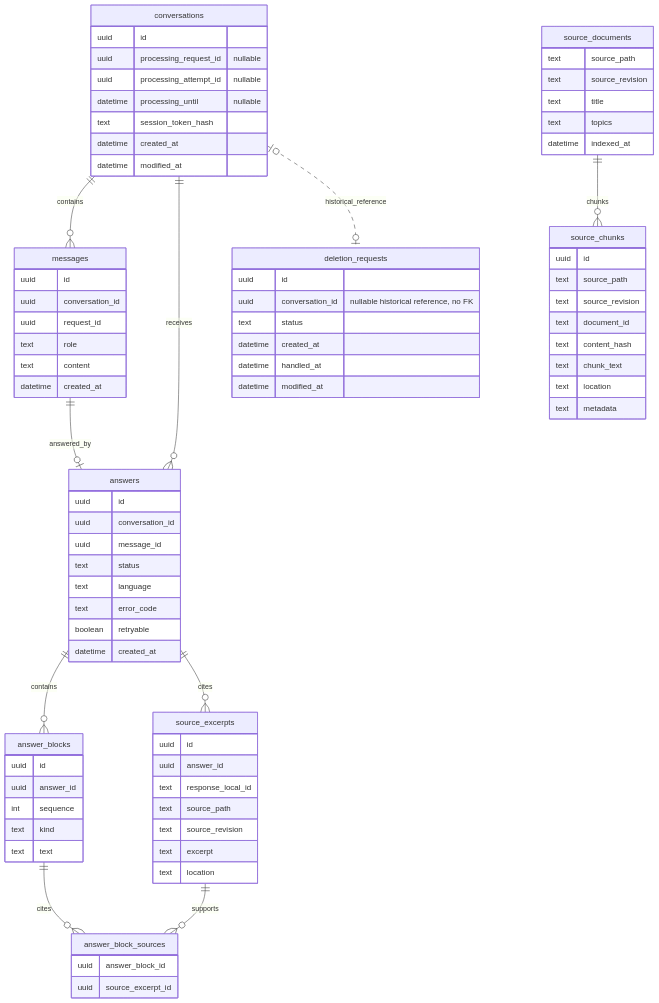
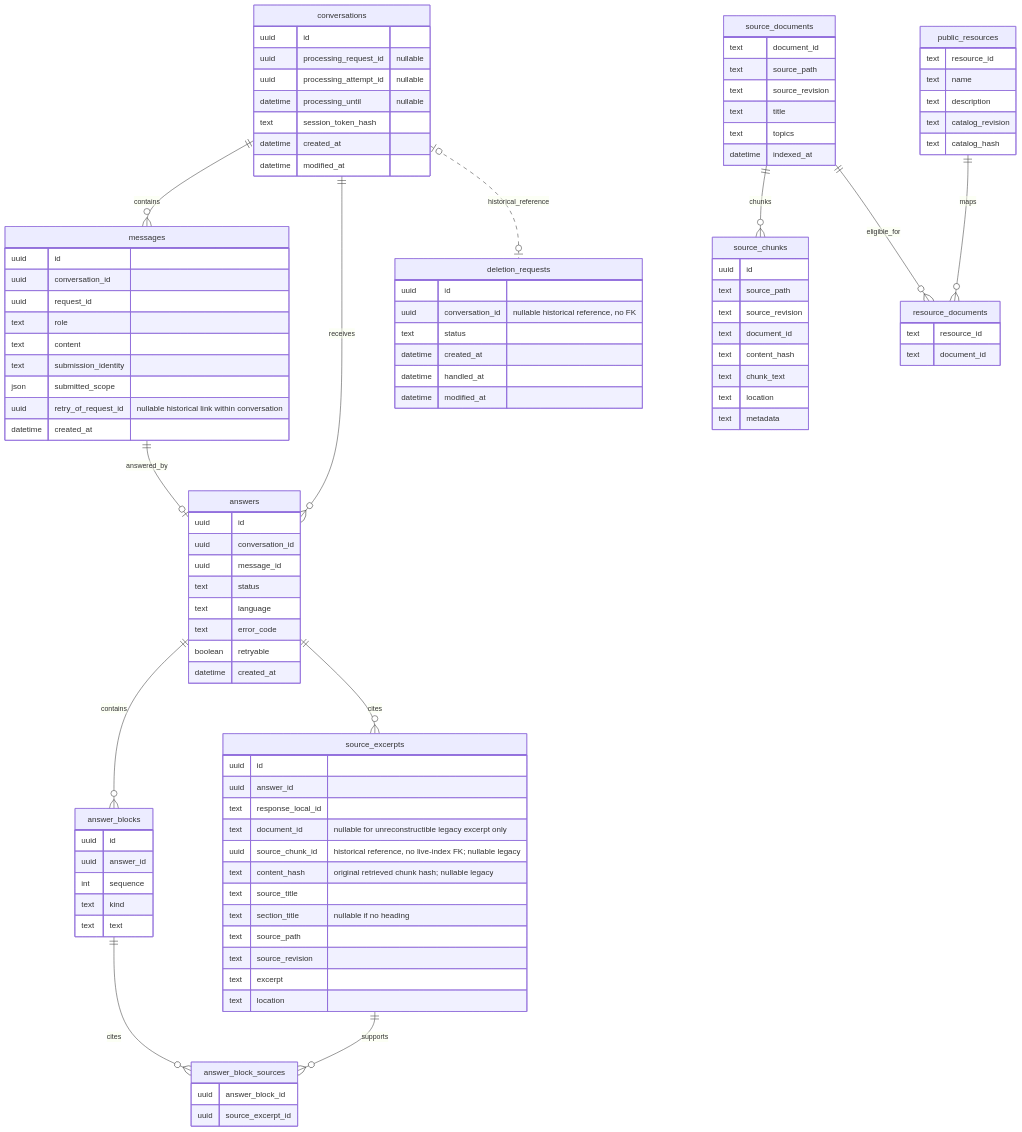
The third of 5 diagrams in docs/_bmad-output/planning-artifacts/architecture/architecture-candidate-copilot-2026-09-11/ARCHITECTURE-SPINE.md (CanVc/candidate-copilot), drawn with Mermaid before and after one commit. The commit also changed other lines of this file and 2 other files, not shown here.

Commit message:
docs: reconcile architecture with approved resource scope and UX

```diff
--- a/docs/_bmad-output/planning-artifacts/architecture/architecture-candidate-copilot-2026-09-11/ARCHITECTURE-SPINE.md
+++ b/docs/_bmad-output/planning-artifacts/architecture/architecture-candidate-copilot-2026-09-11/ARCHITECTURE-SPINE.md
@@ -411,6 +442,8 @@
   source_excerpts ||--o{ answer_block_sources : supports
   conversations |o..o| deletion_requests : historical_reference
   source_documents ||--o{ source_chunks : chunks
+  public_resources ||--o{ resource_documents : maps
+  source_documents ||--o{ resource_documents : eligible_for
 
   conversations {
     uuid id
@@ -427,6 +460,9 @@
     uuid request_id
     text role
     text content
+    text submission_identity
+    json submitted_scope
+    uuid retry_of_request_id "nullable historical link within conversation"
     datetime created_at
   }
   answers {
@@ -454,6 +490,11 @@
     uuid id
     uuid answer_id
     text response_local_id
+    text document_id "nullable for unreconstructible legacy excerpt only"
+    uuid source_chunk_id "historical reference, no live-index FK; nullable legacy"
+    text content_hash "original retrieved chunk hash; nullable legacy"
+    text source_title
+    text section_title "nullable if no heading"
     text source_path
     text source_revision
     text excerpt
@@ -467,7 +508,19 @@
     datetime handled_at
     datetime modified_at
   }
+  public_resources {
+    text resource_id
+    text name
+    text description
+    text catalog_revision
+    text catalog_hash
+  }
+  resource_documents {
+    text resource_id
+    text document_id
+  }
   source_documents {
+    text document_id
     text source_path
     text source_revision
     text title
```
